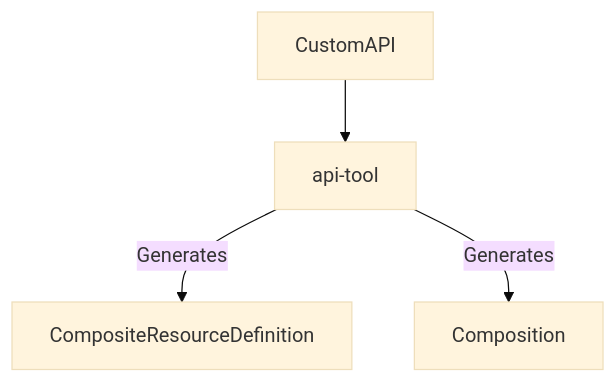
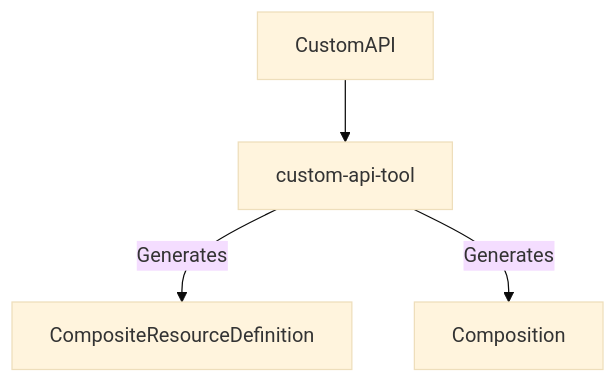
One commit to orvis98/custom-api-tool changed the diagram in README.md. Above: the diagram before and after it, drawn with Mermaid (base theme). The commit also changed other lines of this file and 10 other files, not shown here.

Commit message:
Rename api-tool -> custom-api-tool

````diff
--- a/README.md
+++ b/README.md
@@ -12,6 +12,6 @@
 ```mermaid
 graph TD;
-  CustomAPI --> api-tool;
-  api-tool -- Generates -->CompositeResourceDefinition;
-  api-tool -- Generates -->Composition;
+  CustomAPI --> custom-api-tool;
+  custom-api-tool -- Generates -->CompositeResourceDefinition;
+  custom-api-tool -- Generates -->Composition;
 ```
````
